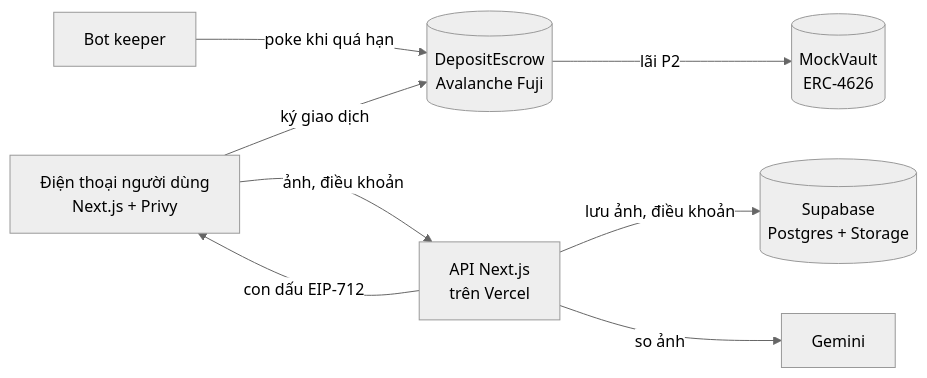
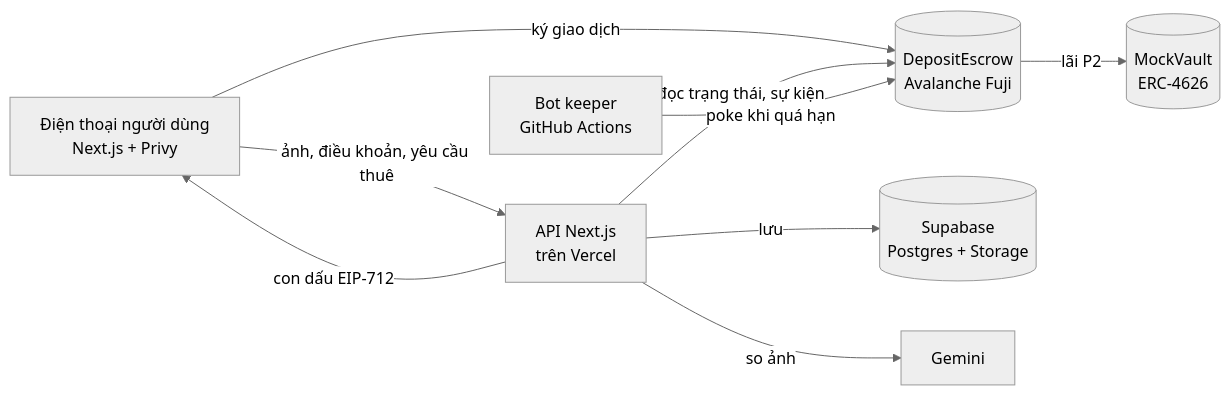
The second of 2 diagrams in README.md (K-Kai-I/UniHack-TamK), drawn with Mermaid (neutral theme) before and after one commit. The commit also changed other lines of this file and 8 other files, not shown here.

````diff
--- a/README.md
+++ b/README.md
@@ -33,10 +62,11 @@
 ```mermaid
 flowchart LR
   U[Điện thoại người dùng<br/>Next.js + Privy] -- ký giao dịch --> C[(DepositEscrow<br/>Avalanche Fuji)]
-  U -- ảnh, điều khoản --> A[API Next.js<br/>trên Vercel]
-  A -- lưu ảnh, điều khoản --> S[(Supabase<br/>Postgres + Storage)]
+  U -- ảnh, điều khoản, yêu cầu thuê --> A[API Next.js<br/>trên Vercel]
+  A -- lưu --> S[(Supabase<br/>Postgres + Storage)]
   A -- so ảnh --> G[Gemini]
   A -- con dấu EIP-712 --> U
-  K[Bot keeper] -- poke khi quá hạn --> C
+  A -- đọc trạng thái, sự kiện --> C
+  K[Bot keeper<br/>GitHub Actions] -- poke khi quá hạn --> C
   C -- lãi P2 --> V[(MockVault<br/>ERC-4626)]
 ```
````
